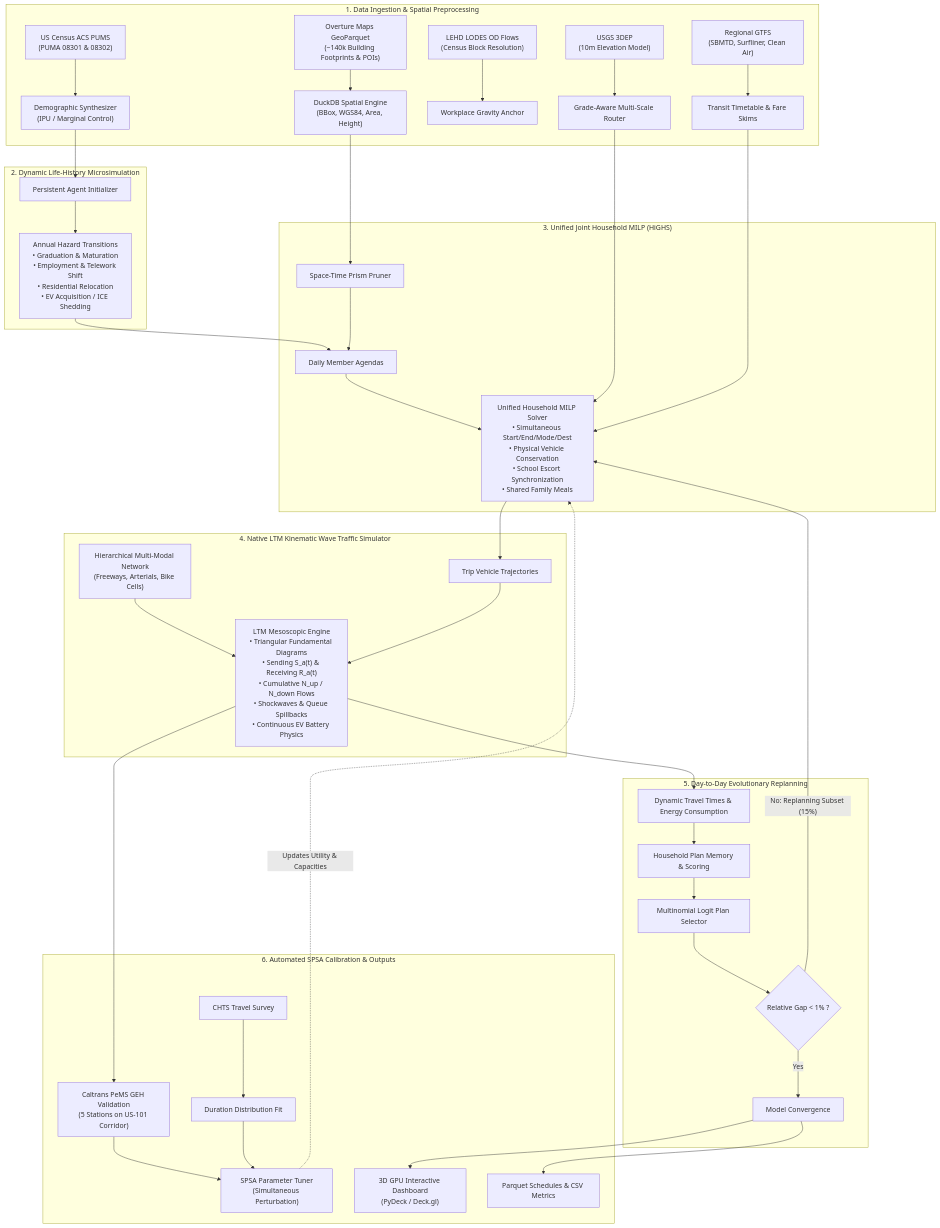
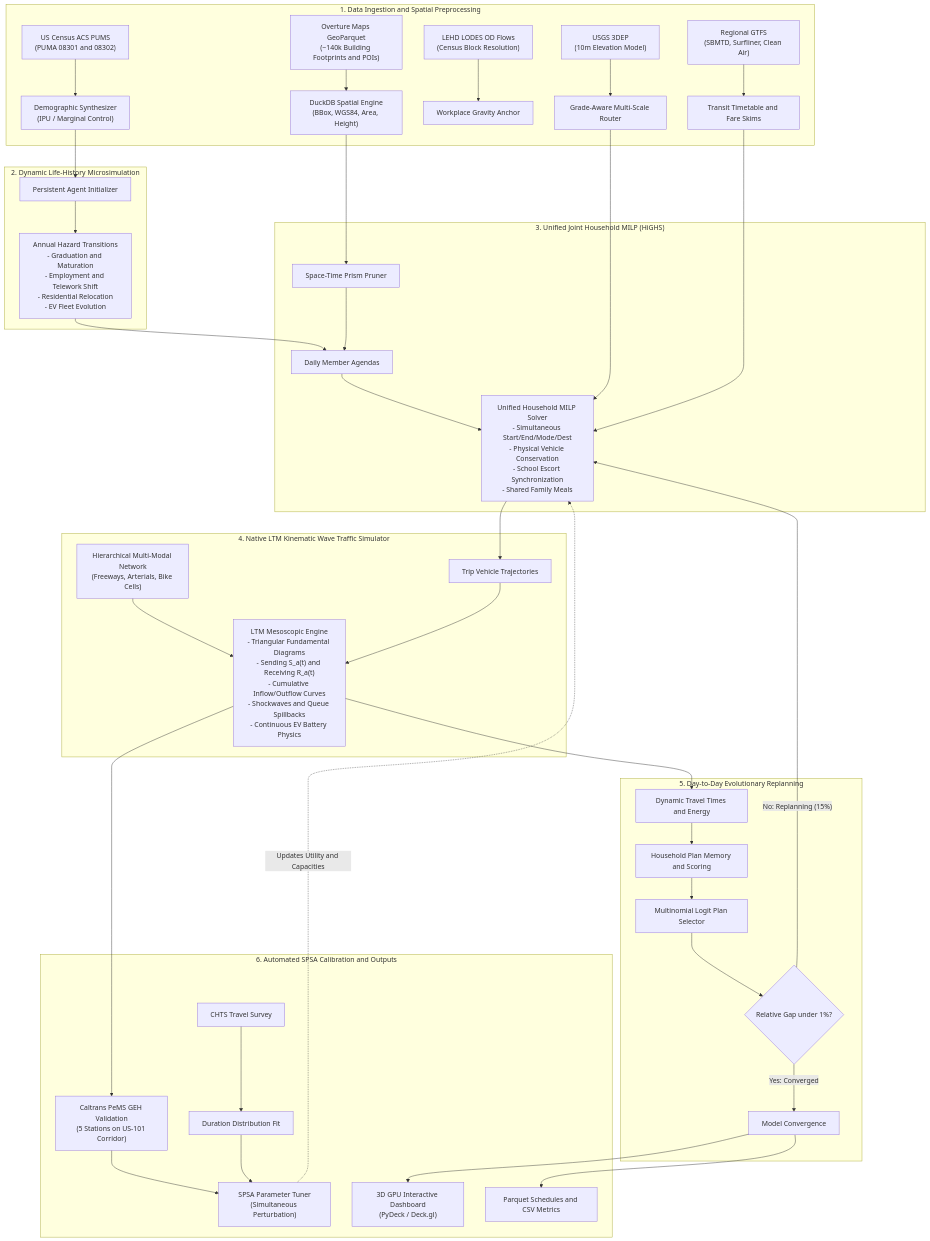
The first of 6 diagrams in technical_features.md (rskris/nextgen_abm), drawn with Mermaid before and after one commit. The commit also changed other lines of this file and 1 other file, not shown here.

Commit message:
fix(docs): Repair Mermaid diagram syntax and flowcharts across documentation

````diff
--- a/technical_features.md
+++ b/technical_features.md
@@ -31,49 +31,49 @@
 ```mermaid
 flowchart TD
-    subgraph DataIngestion ["1. Data Ingestion & Spatial Preprocessing"]
-        OM["Overture Maps GeoParquet\n(~140k Building Footprints & POIs)"] --> DuckDB["DuckDB Spatial Engine\n(BBox, WGS84, Area, Height)"]
-        Census["US Census ACS PUMS\n(PUMA 08301 & 08302)"] --> Synthesizer["Demographic Synthesizer\n(IPU / Marginal Control)"]
-        LODES["LEHD LODES OD Flows\n(Census Block Resolution)"] --> JobAnchor["Workplace Gravity Anchor"]
-        GTFS["Regional GTFS\n(SBMTD, Surfliner, Clean Air)"] --> SkimMatrix["Transit Timetable & Fare Skims"]
-        DEM["USGS 3DEP\n(10m Elevation Model)"] --> SlopeRouter["Grade-Aware Multi-Scale Router"]
+    subgraph DataIngestion ["1. Data Ingestion and Spatial Preprocessing"]
+        OM["Overture Maps GeoParquet<br/>(~140k Building Footprints and POIs)"] --> DuckDB["DuckDB Spatial Engine<br/>(BBox, WGS84, Area, Height)"]
+        Census["US Census ACS PUMS<br/>(PUMA 08301 and 08302)"] --> Synthesizer["Demographic Synthesizer<br/>(IPU / Marginal Control)"]
+        LODES["LEHD LODES OD Flows<br/>(Census Block Resolution)"] --> JobAnchor["Workplace Gravity Anchor"]
+        GTFS["Regional GTFS<br/>(SBMTD, Surfliner, Clean Air)"] --> SkimMatrix["Transit Timetable and Fare Skims"]
+        DEM["USGS 3DEP<br/>(10m Elevation Model)"] --> SlopeRouter["Grade-Aware Multi-Scale Router"]
     end
 
     subgraph LifeHistorySubsystem ["2. Dynamic Life-History Microsimulation"]
         Synthesizer --> PersistInit["Persistent Agent Initializer"]
-        PersistInit --> LifeLoop["Annual Hazard Transitions\n• Graduation & Maturation\n• Employment & Telework Shift\n• Residential Relocation\n• EV Acquisition / ICE Shedding"]
+        PersistInit --> LifeLoop["Annual Hazard Transitions<br/>- Graduation and Maturation<br/>- Employment and Telework Shift<br/>- Residential Relocation<br/>- EV Fleet Evolution"]
     end
 
     subgraph HouseholdScheduler ["3. Unified Joint Household MILP (HiGHS)"]
         LifeLoop --> AgendaGen["Daily Member Agendas"]
         DuckDB --> SpacePruner["Space-Time Prism Pruner"]
         SpacePruner --> AgendaGen
-        AgendaGen --> JointMILP["Unified Household MILP Solver\n• Simultaneous Start/End/Mode/Dest\n• Physical Vehicle Conservation\n• School Escort Synchronization\n• Shared Family Meals"]
+        AgendaGen --> JointMILP["Unified Household MILP Solver<br/>- Simultaneous Start/End/Mode/Dest<br/>- Physical Vehicle Conservation<br/>- School Escort Synchronization<br/>- Shared Family Meals"]
         SlopeRouter --> JointMILP
         SkimMatrix --> JointMILP
     end
 
     subgraph DynamicTraffic ["4. Native LTM Kinematic Wave Traffic Simulator"]
         JointMILP --> NetworkTrips["Trip Vehicle Trajectories"]
-        HierNet["Hierarchical Multi-Modal Network\n(Freeways, Arterials, Bike Cells)"] --> MesoLTM["LTM Mesoscopic Engine\n• Triangular Fundamental Diagrams\n• Sending S_a(t) & Receiving R_a(t)\n• Cumulative N_up / N_down Flows\n• Shockwaves & Queue Spillbacks\n• Continuous EV Battery Physics"]
+        HierNet["Hierarchical Multi-Modal Network<br/>(Freeways, Arterials, Bike Cells)"] --> MesoLTM["LTM Mesoscopic Engine<br/>- Triangular Fundamental Diagrams<br/>- Sending S_a(t) and Receiving R_a(t)<br/>- Cumulative Inflow/Outflow Curves<br/>- Shockwaves and Queue Spillbacks<br/>- Continuous EV Battery Physics"]
         NetworkTrips --> MesoLTM
     end
 
     subgraph EquilibriumConvergence ["5. Day-to-Day Evolutionary Replanning"]
-        MesoLTM --> ExperiencedSkims["Dynamic Travel Times & Energy Consumption"]
-        ExperiencedSkims --> PlanMemory["Household Plan Memory & Scoring"]
+        MesoLTM --> ExperiencedSkims["Dynamic Travel Times and Energy"]
+        ExperiencedSkims --> PlanMemory["Household Plan Memory and Scoring"]
         PlanMemory --> LogitSelect["Multinomial Logit Plan Selector"]
-        LogitSelect --> ConvergeCheck{"Relative Gap < 1% ?"}
-        ConvergeCheck -- No: Replanning Subset (15%) --> JointMILP
-        ConvergeCheck -- Yes --> FinalArtifacts["Model Convergence"]
+        LogitSelect --> ConvergeCheck{"Relative Gap under 1%?"}
+        ConvergeCheck -->|"No: Replanning (15%)"| JointMILP
+        ConvergeCheck -->|"Yes: Converged"| FinalArtifacts["Model Convergence"]
     end
 
-    subgraph ValidationCalibration ["6. Automated SPSA Calibration & Outputs"]
-        MesoLTM --> PeMSCompare["Caltrans PeMS GEH Validation\n(5 Stations on US-101 Corridor)"]
+    subgraph ValidationCalibration ["6. Automated SPSA Calibration and Outputs"]
+        MesoLTM --> PeMSCompare["Caltrans PeMS GEH Validation<br/>(5 Stations on US-101 Corridor)"]
         CHTS["CHTS Travel Survey"] --> DurCompare["Duration Distribution Fit"]
-        PeMSCompare --> SPSA["SPSA Parameter Tuner\n(Simultaneous Perturbation)"]
+        PeMSCompare --> SPSA["SPSA Parameter Tuner<br/>(Simultaneous Perturbation)"]
         DurCompare --> SPSA
-        SPSA -. Updates Utility & Capacities .-> JointMILP
-        FinalArtifacts --> DeckGL["3D GPU Interactive Dashboard\n(PyDeck / Deck.gl)"]
-        FinalArtifacts --> Parquet["Parquet Schedules & CSV Metrics"]
+        SPSA -.->|"Updates Utility and Capacities"| JointMILP
+        FinalArtifacts --> DeckGL["3D GPU Interactive Dashboard<br/>(PyDeck / Deck.gl)"]
+        FinalArtifacts --> Parquet["Parquet Schedules and CSV Metrics"]
     end
 ```
````
